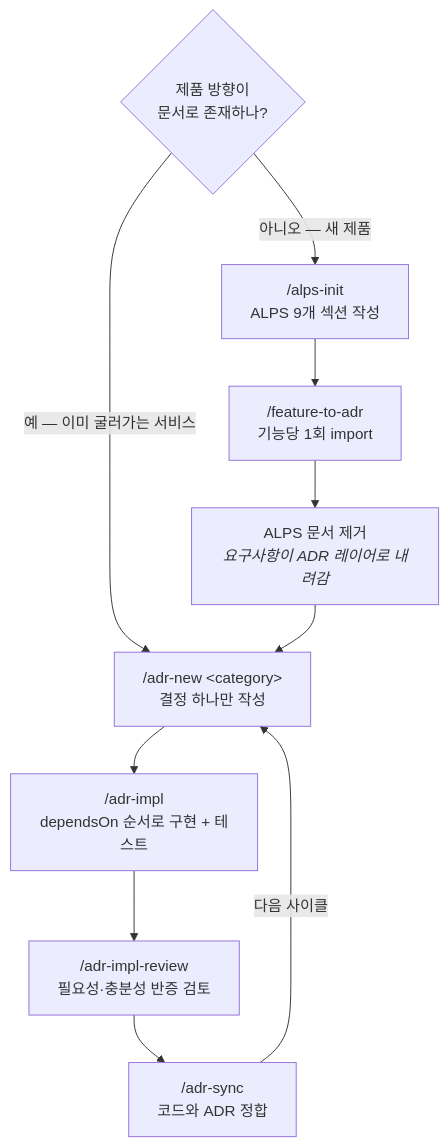
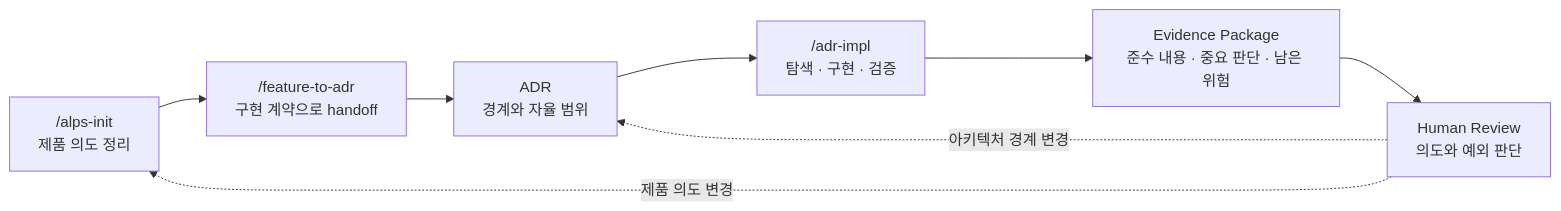
The fourth of 4 diagrams in _posts/2026-07-25-alps-adr-abstraction-boundaries.md (haandol/haandol.github.com), drawn with Mermaid before and after one commit. The commit also changed other lines of this file, not shown here.

Commit message:
docs: refocus ALPS post on intent and workflow

````diff
--- a/_posts/2026-07-25-alps-adr-abstraction-boundaries.md
+++ b/_posts/2026-07-25-alps-adr-abstraction-boundaries.md
@@ -643,13 +238,10 @@
 ```mermaid
-flowchart TD
-    Q{"제품 방향이<br/>문서로 존재하나?"}
-    Q -->|"아니오 — 새 제품"| ALPS["/alps-init<br/>ALPS 9개 섹션 작성"]
-    ALPS --> F2A["/feature-to-adr<br/>기능당 1회 import"]
-    F2A --> DROP["ALPS 문서 제거<br/><i>요구사항이 ADR 레이어로 내려감</i>"]
-    Q -->|"예 — 이미 굴러가는 서비스"| NEW["/adr-new &lt;category&gt;<br/>결정 하나만 작성"]
-    DROP --> NEW
-    NEW --> IMPL["/adr-impl<br/>dependsOn 순서로 구현 + 테스트"]
-    IMPL --> REVIEW["/adr-impl-review<br/>필요성·충분성 반증 검토"]
-    REVIEW --> SYNC["/adr-sync<br/>코드와 ADR 정합"]
-    SYNC -->|다음 사이클| NEW
+flowchart LR
+    P["/alps-init<br/>제품 의도 정리"] --> H["/feature-to-adr<br/>구현 계약으로 handoff"]
+    H --> A["ADR<br/>경계와 자율 범위"]
+    A --> I["/adr-impl<br/>탐색 · 구현 · 검증"]
+    I --> E["Evidence Package<br/>준수 내용 · 중요 판단 · 남은 위험"]
+    E --> R["Human Review<br/>의도와 예외 판단"]
+    R -.->|"제품 의도 변경"| P
+    R -.->|"아키텍처 경계 변경"| A
 ```
````
